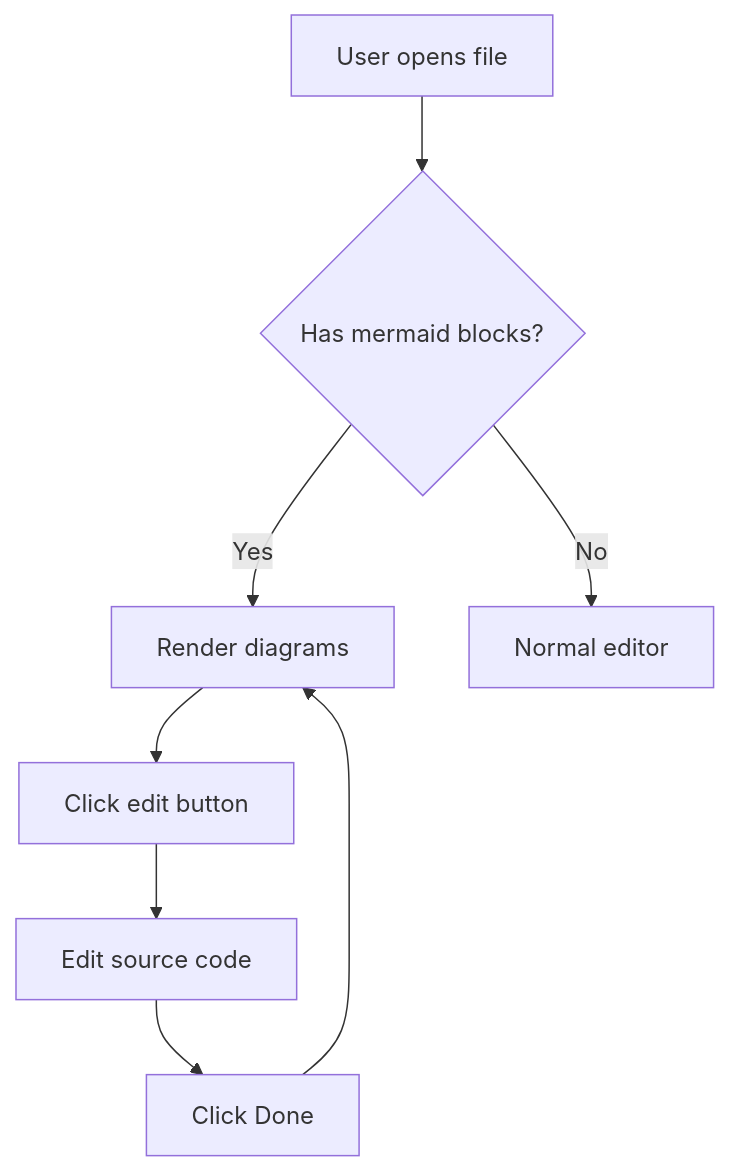
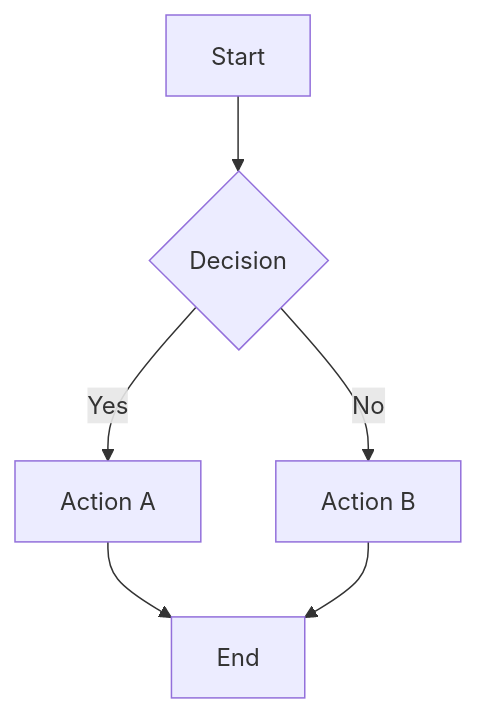
One commit to Mathuran/quartz changed the first of 5 diagrams in test/fixtures/mermaid-test.md. Above: the diagram before and after it, drawn with Mermaid. The commit also changed other lines of this file and 2 other files, not shown here.

First line of the commit message:
fix: prevent mermaid diagrams from clipping on simple diagrams

````diff
--- a/test/fixtures/mermaid-test.md
+++ b/test/fixtures/mermaid-test.md
@@ -7,10 +7,8 @@
 ```mermaid
 graph TD
-    A[User opens file] --> B{Has mermaid blocks?}
-    B -->|Yes| C[Render diagrams]
-    B -->|No| D[Normal editor]
-    C --> E[Click edit button]
-    E --> F[Edit source code]
-    F --> G[Click Done]
-    G --> C
+    A[Start] --> B{Decision}
+    B -->|Yes| C[Action A]
+    B -->|No| D[Action B]
+    C --> E[End]
+    D --> E
 ```
````
